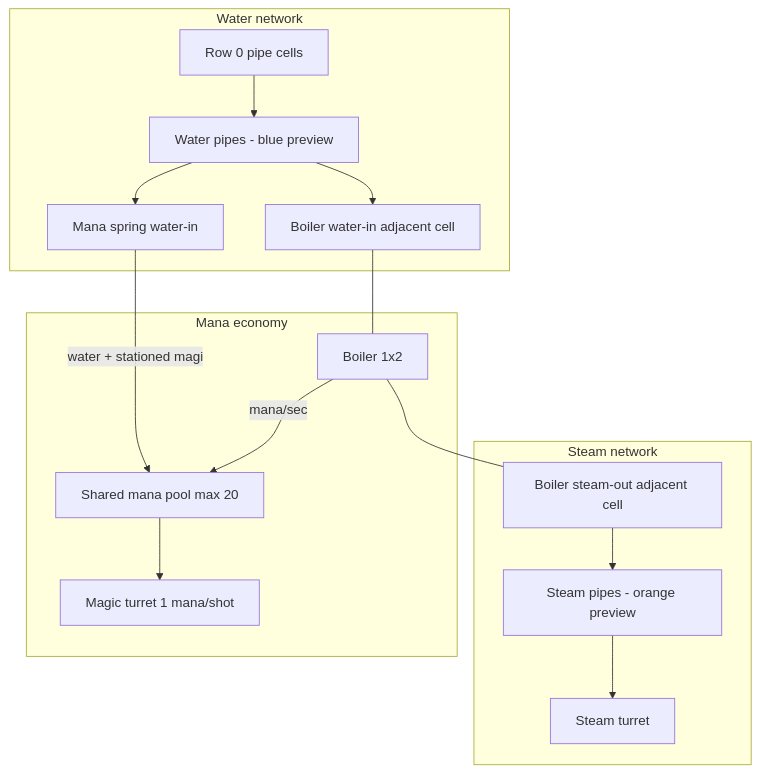
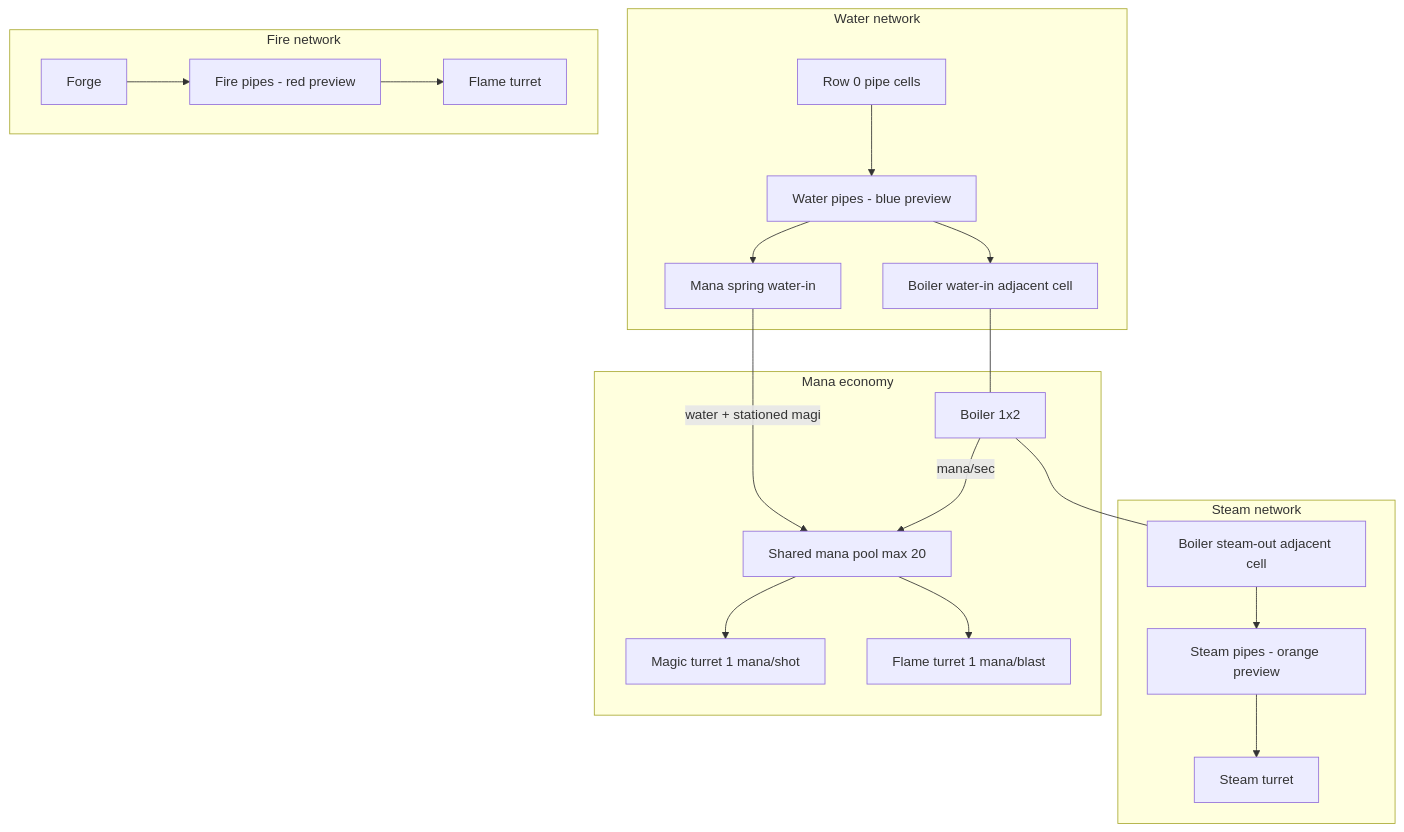
The diagram in docs/PIPES.md (katerberg/wizard-tower-builder), drawn with Mermaid before and after one commit. The commit also changed other lines of this file and 23 other files, not shown here.

First line of the commit message:
Add fire pipe fluid and charge-blast flame turrets.

````diff
--- a/docs/PIPES.md
+++ b/docs/PIPES.md
@@ -11,26 +11,34 @@
 ```mermaid
 flowchart TB
   subgraph water [Water network]
     G[Row 0 pipe cells]
     WP[Water pipes - blue preview]
     BI[Boiler water-in adjacent cell]
     MS[Mana spring water-in]
     G --> WP --> BI
     WP --> MS
   end
   subgraph steam [Steam network]
     BO[Boiler steam-out adjacent cell]
     SP[Steam pipes - orange preview]
     ST[Steam turret]
     BO --> SP --> ST
   end
+  subgraph fireNet [Fire network]
+    FG[Forge]
+    FP[Fire pipes - red preview]
+    FT[Flame turret]
+    FG --> FP --> FT
+  end
   subgraph mana [Mana economy]
     Pool[Shared mana pool max 20]
     MS -->|water + stationed magi| Pool
     Boiler[Boiler 1x2] -->|mana/sec| Pool
     MT[Magic turret 1 mana/shot]
+    FT2[Flame turret 1 mana/blast]
     Pool --> MT
+    Pool --> FT2
   end
   BI --- Boiler
   Boiler --- BO
 ```
````
